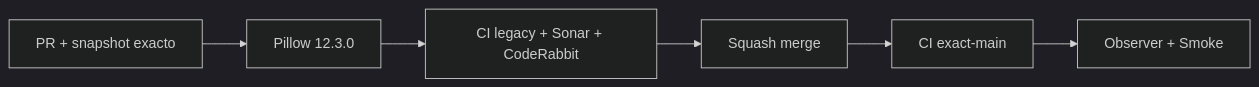
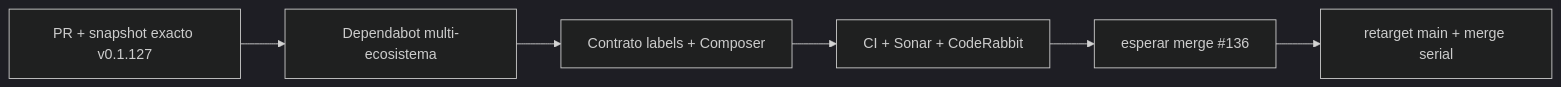
The diagram in README.md (pl0n3r/GrindFlow), drawn with Mermaid (dark theme) before and after one commit. The commit also changed other lines of this file and 4 other files, not shown here.

Commit message:
infra: Dependabot agrupado y contrato de gobierno (v0.1.128)

````diff
--- a/README.md
+++ b/README.md
@@ -46,8 +45,8 @@
 ```mermaid
 flowchart LR
- A["PR + snapshot exacto"] --> B["Pillow 12.3.0"]
- B --> C["CI legacy + Sonar + CodeRabbit"]
- C --> M["Squash merge"]
- M --> X["CI exact-main"]
- X --> S["Observer + Smoke"]
+ A["PR + snapshot exacto v0.1.127"] --> B["Dependabot multi-ecosistema"]
+ B --> C["Contrato labels + Composer"]
+ C --> D["CI + Sonar + CodeRabbit"]
+ D --> E["esperar merge #136"]
+ E --> M["retarget main + merge serial"]
 ```
````
